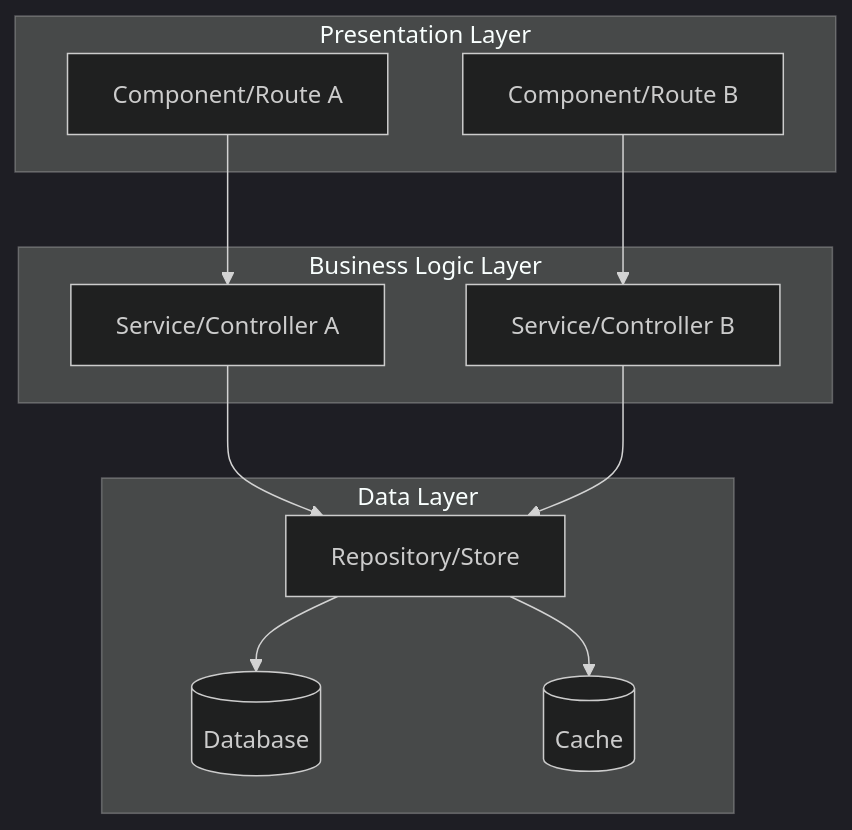
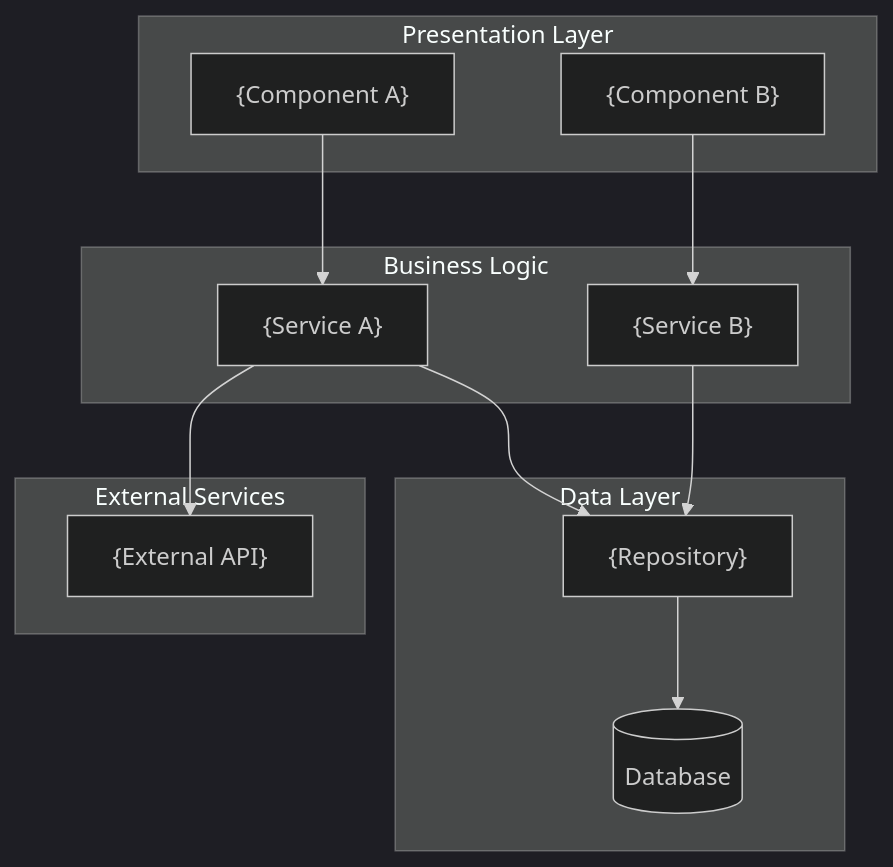
One commit to mayurpise/draft changed the first of 6 diagrams in core/templates/architecture.md. Above: the diagram before and after it, drawn with Mermaid (dark theme). The commit also changed other lines of this file and 9 other files, not shown here.

````diff
--- a/core/templates/architecture.md
+++ b/core/templates/architecture.md
@@ -13,22 +77,25 @@
 ```mermaid
-graph TD
+flowchart TD
     subgraph Presentation["Presentation Layer"]
-        A[Component/Route A]
-        B[Component/Route B]
+        A["{Component A}"]
+        B["{Component B}"]
     end
-    subgraph Logic["Business Logic Layer"]
-        C[Service/Controller A]
-        D[Service/Controller B]
+    subgraph Logic["Business Logic"]
+        C["{Service A}"]
+        D["{Service B}"]
     end
     subgraph Data["Data Layer"]
-        E[Repository/Store]
-        F[(Database)]
-        G[(Cache)]
+        E["{Repository}"]
+        F[("Database")]
     end
+    subgraph External["External Services"]
+        G["{External API}"]
+    end
+
     A --> C
     B --> D
     C --> E
     D --> E
     E --> F
-    E --> G
+    C --> G
 ```
````
